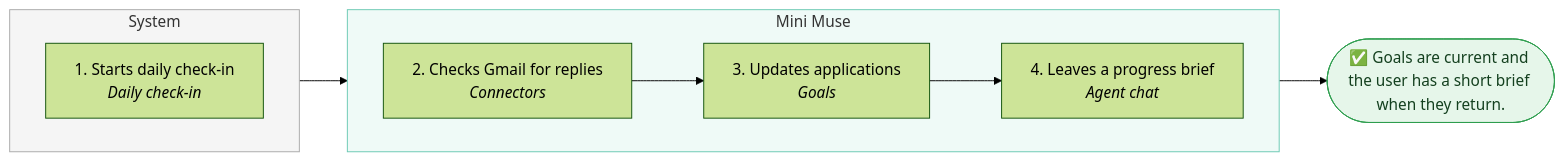
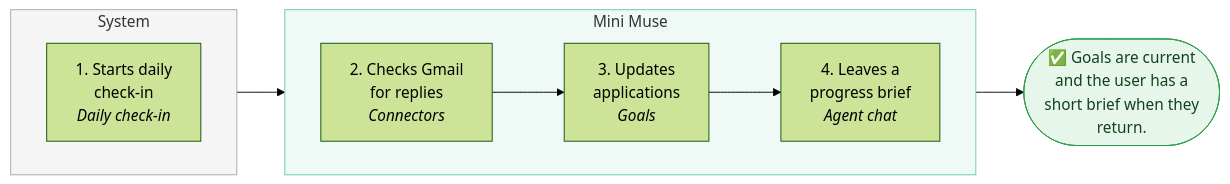
Before and after one commit to lngsa1234/mini-muse-mvp: the third of 6 diagrams in docs/product/baseline.md, drawn with Mermaid (forest theme). The commit also changed other lines of this file, not shown here.

First line of the commit message:
docs: compact journey diagram labels (AgentForge plugin 0.4.3)

````diff
--- a/docs/product/baseline.md
+++ b/docs/product/baseline.md
@@ -151,23 +151,23 @@
 ```mermaid
 flowchart LR
   subgraph agent_lane["Mini Muse"]
     direction LR
-    s2["2. Checks Gmail for replies<br/><i>Connectors</i>"]
-    s3["3. Updates applications<br/><i>Goals</i>"]
-    s4["4. Leaves a progress brief<br/><i>Agent chat</i>"]
+    s2["2. Checks Gmail<br/>for replies<br/><i>Connectors</i>"]
+    s3["3. Updates<br/>applications<br/><i>Goals</i>"]
+    s4["4. Leaves a<br/>progress brief<br/><i>Agent chat</i>"]
   end
   subgraph system_lane["System"]
     direction LR
-    s1["1. Starts daily check-in<br/><i>Daily check-in</i>"]
+    s1["1. Starts daily<br/>check-in<br/><i>Daily check-in</i>"]
   end
   s1 --> s2
   s2 --> s3
   s3 --> s4
-  done(["✅ Goals are current and the user has a short brief when they return."])
+  done(["✅ Goals are current<br/>and the user has a<br/>short brief when they<br/>return."])
   s4 --> done
   classDef approval fill:#fff4e0,stroke:#d18a1f,color:#5c3a00
   classDef outcome fill:#e6f6ea,stroke:#2f9e4f,color:#14401f
   style agent_lane fill:#effaf7,stroke:#6cc9b4
   style system_lane fill:#f5f5f5,stroke:#aaa
   class done outcome
 ```
````
